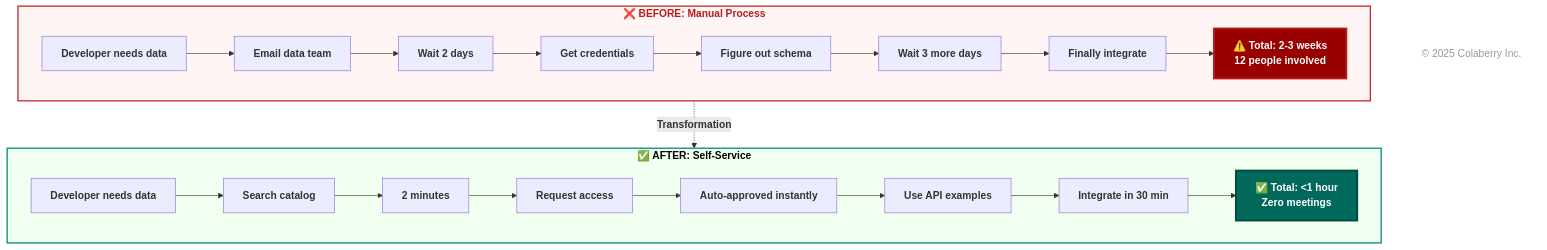
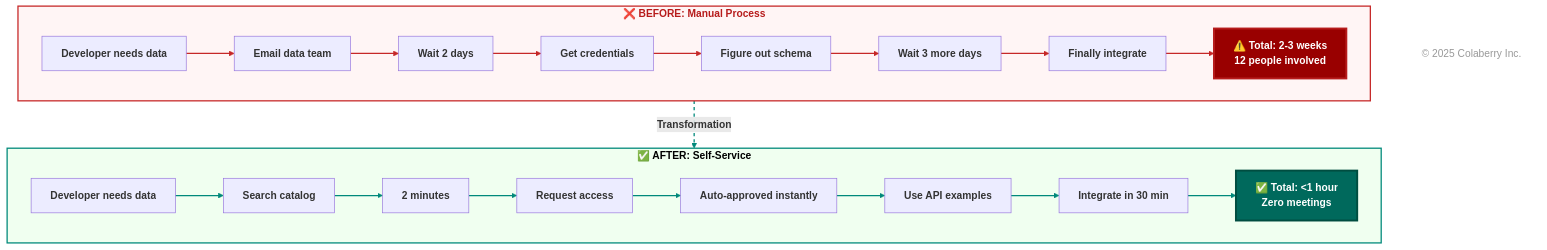
Before and after one commit to colaberry/enterprise-data-readiness-ai-agents: diagram 13 of 16 in chapter-01/chapter_1_complete.md, drawn with Mermaid. The commit also changed other lines of this file, not shown here.

````diff
--- a/chapter-01/chapter_1_complete.md
+++ b/chapter-01/chapter_1_complete.md
@@ -1935,41 +2045,58 @@
 ```mermaid
 flowchart TB
     subgraph before["`**❌ BEFORE: Manual Process**`"]
         direction LR
         B1["`**Developer needs data**`"]
         B2["`**Email data team**`"]
         B3["`**Wait 2 days**`"]
         B4["`**Get credentials**`"]
         B5["`**Figure out schema**`"]
         B6["`**Wait 3 more days**`"]
         B7["`**Finally integrate**`"]
         B8["`**⚠️ Total: 2-3 weeks**<br/><b>12 people involved</b>`"]
         
         B1 --> B2 --> B3 --> B4 --> B5 --> B6 --> B7 --> B8
     end
 
     subgraph after["`**✅ AFTER: Self-Service**`"]
         direction LR
         A1["`**Developer needs data**`"]
         A2["`**Search catalog**`"]
         A3["`**2 minutes**`"]
         A4["`**Request access**`"]
         A5["`**Auto-approved instantly**`"]
         A6["`**Use API examples**`"]
         A7["`**Integrate in 30 min**`"]
         A8["`**✅ Total: <1 hour**<br/><b>Zero meetings</b>`"]
         
         A1 --> A2 --> A3 --> A4 --> A5 --> A6 --> A7 --> A8
     end
 
     before -.->|"`**Transformation**`"| after
 
+    %% Link styling
+    linkStyle 0 stroke:#c62828,stroke-width:2px
+    linkStyle 1 stroke:#c62828,stroke-width:2px
+    linkStyle 2 stroke:#c62828,stroke-width:2px
+    linkStyle 3 stroke:#c62828,stroke-width:2px
+    linkStyle 4 stroke:#c62828,stroke-width:2px
+    linkStyle 5 stroke:#c62828,stroke-width:2px
+    linkStyle 6 stroke:#c62828,stroke-width:2px
+    linkStyle 7 stroke:#00897b,stroke-width:2px
+    linkStyle 8 stroke:#00897b,stroke-width:2px
+    linkStyle 9 stroke:#00897b,stroke-width:2px
+    linkStyle 10 stroke:#00897b,stroke-width:2px
+    linkStyle 11 stroke:#00897b,stroke-width:2px
+    linkStyle 12 stroke:#00897b,stroke-width:2px
+    linkStyle 13 stroke:#00897b,stroke-width:2px
+    linkStyle 14 stroke:#00897b,stroke-width:2px,stroke-dasharray:5
+
     style before fill:#fff5f5,stroke:#c62828,stroke-width:2px,color:#b71c1c
     style after fill:#f0fff0,stroke:#00897b,stroke-width:2px,color:#000000
     style B8 fill:#990000,color:#ffffff,stroke:#b71c1c,stroke-width:3px
     style A8 fill:#00695c,color:#ffffff,stroke:#004d40,stroke-width:3px
     
     %% Copyright Notice
     CR["© 2025 Colaberry Inc."]
     style CR fill:none,stroke:none,color:#999999
 ```
````
